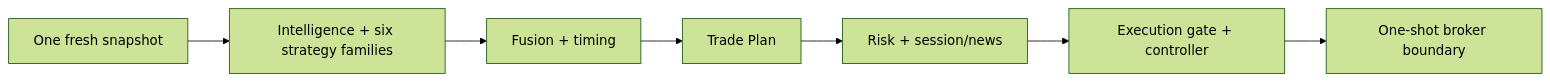
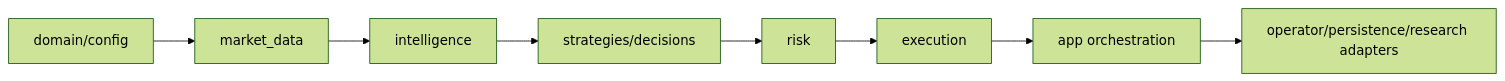
One commit to qamaratwork00-cmyk/GoldSwingTraderAI changed the eighth of 8 diagrams in docs/CODER_GUIDE.md. Above: the diagram before and after it, drawn with Mermaid (forest theme). The commit also changed other lines of this file and 33 other files, not shown here.

````diff
--- a/docs/CODER_GUIDE.md
+++ b/docs/CODER_GUIDE.md
@@ -354,9 +844,10 @@
-```mermaid
+~~~mermaid
 flowchart LR
-    SNAPSHOT["One fresh snapshot"] --> DESKS["Intelligence + six strategy families"]
-    DESKS --> FUSION["Fusion + timing"]
-    FUSION --> PLAN["Trade Plan"]
-    PLAN --> RISK["Risk + session/news"]
-    RISK --> GATE["Execution gate + controller"]
-    GATE --> BROKER["One-shot broker boundary"]
-```
+    DOMAIN["domain/config"] --> READ["market_data"]
+    READ --> INTEL["intelligence"]
+    INTEL --> DEC["strategies/decisions"]
+    DEC --> RISK["risk"]
+    RISK --> EXEC["execution"]
+    EXEC --> APP["app orchestration"]
+    APP --> OP["operator/persistence/research adapters"]
+~~~
````
